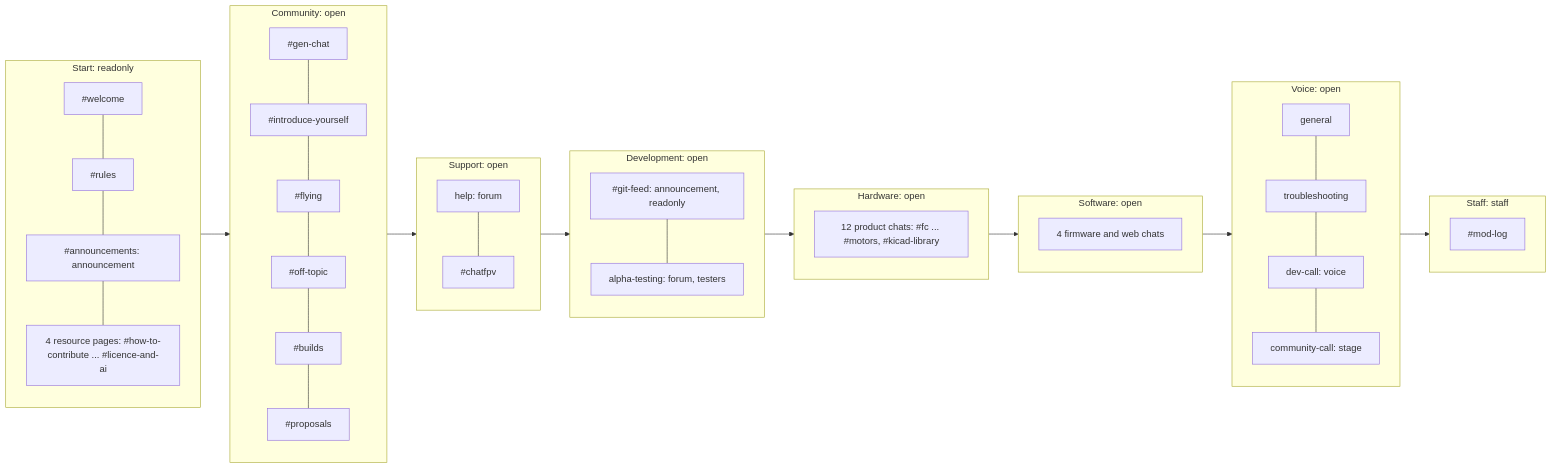
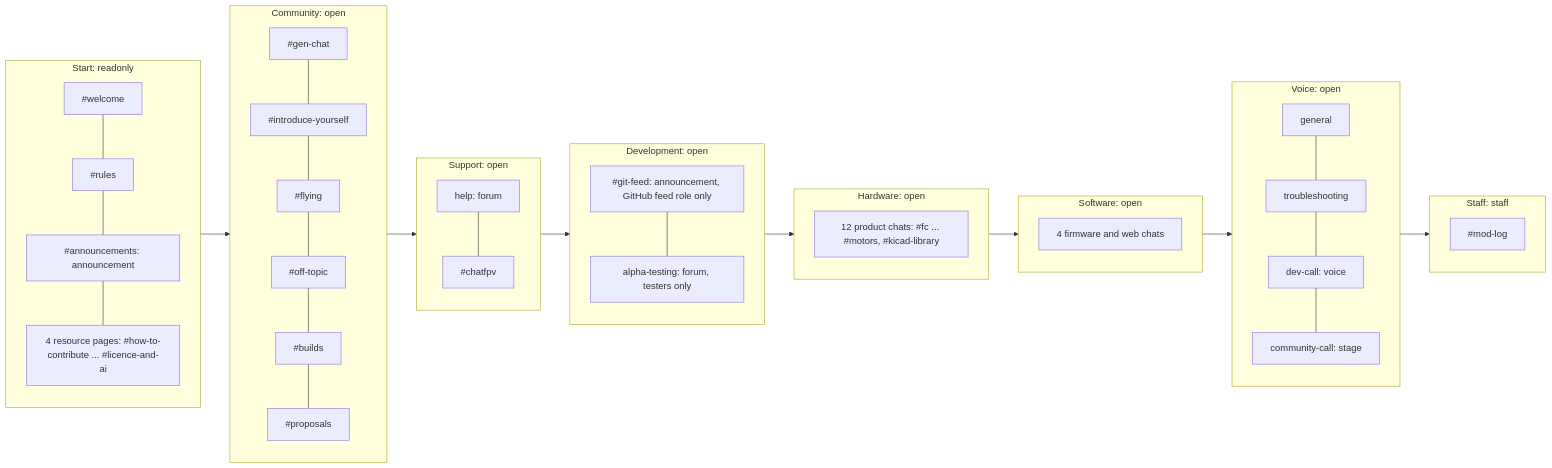
One commit to OpenDrone-hw/discord changed the second of 4 diagrams in README.md. Above: the diagram before and after it, drawn with Mermaid. The commit also changed other lines of this file and 5 other files, not shown here.

First line of the commit message:
Hide #git-feed and #alpha-testing from members who did not ask for them (#23)

````diff
--- a/README.md
+++ b/README.md
@@ -26,36 +26,36 @@
 ```mermaid
 flowchart LR
   subgraph Start["Start: readonly"]
     direction TB
     welcome["#welcome"] --- rules["#rules"] --- ann["#announcements: announcement"] --- res["4 resource pages: #how-to-contribute ... #licence-and-ai"]
   end
   subgraph Community["Community: open"]
     direction TB
     gen["#gen-chat"] --- intro["#introduce-yourself"] --- flying["#flying"] --- off["#off-topic"] --- builds["#builds"] --- props["#proposals"]
   end
   subgraph Support["Support: open"]
     direction TB
     help["help: forum"] --- chatfpv["#chatfpv"]
   end
   subgraph Development["Development: open"]
     direction TB
-    feed["#git-feed: announcement, readonly"] --- alpha["alpha-testing: forum, testers"]
+    feed["#git-feed: announcement, GitHub feed role only"] --- alpha["alpha-testing: forum, testers only"]
   end
   subgraph Hardware["Hardware: open"]
     direction TB
     hw["12 product chats: #fc ... #motors, #kicad-library"]
   end
   subgraph Software["Software: open"]
     direction TB
     sw["4 firmware and web chats"]
   end
   subgraph Voice["Voice: open"]
     direction TB
     gv["general"] --- tv["troubleshooting"] --- dc["dev-call: voice"] --- cc["community-call: stage"]
   end
   subgraph Staff["Staff: staff"]
     direction TB
     modlog["#mod-log"]
   end
   Start --> Community --> Support --> Development --> Hardware --> Software --> Voice --> Staff
 ```
````
